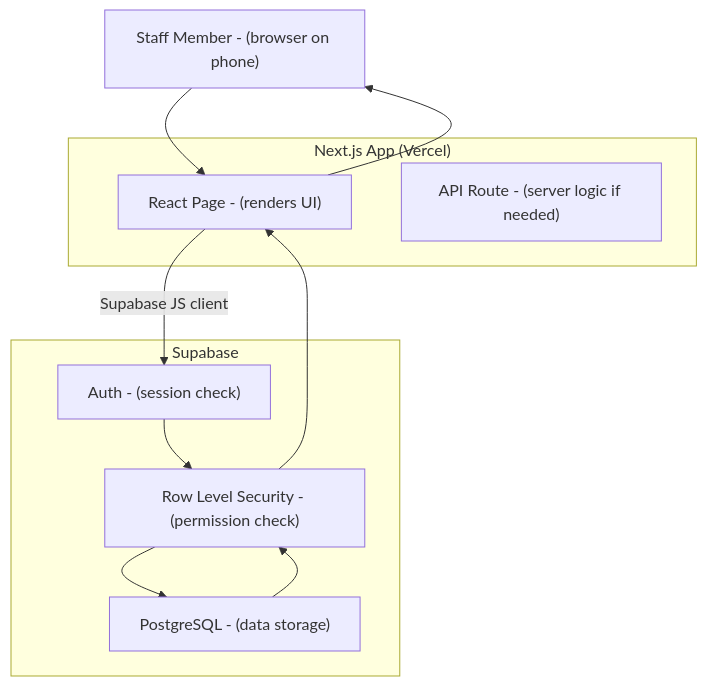
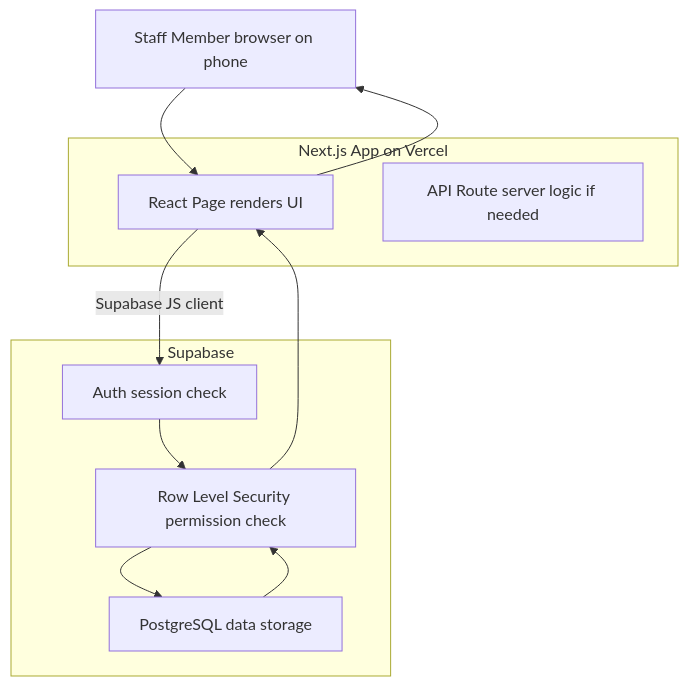
Before and after one commit to wongjinar-ai/expample: the eighth of 8 diagrams in learning/09-fullstack-best-practices.md, drawn with Mermaid. The commit also changed other lines of this file and 5 other files, not shown here.

````diff
--- a/learning/09-fullstack-best-practices.md
+++ b/learning/09-fullstack-best-practices.md
@@ -273,23 +273,23 @@
 ```mermaid
 flowchart TD
-    User["Staff Member - (browser on phone)"]
+    User[Staff Member browser on phone]
 
-    subgraph Next["Next.js App (Vercel)"]
-        Page["React Page - (renders UI)"]
-        API["API Route - (server logic if needed)"]
+    subgraph Next[Next.js App on Vercel]
+        Page[React Page renders UI]
+        API[API Route server logic if needed]
     end
 
-    subgraph Supa["Supabase"]
-        Auth["Auth - (session check)"]
-        RLS["Row Level Security - (permission check)"]
-        DB["PostgreSQL - (data storage)"]
+    subgraph Supa[Supabase]
+        Auth[Auth session check]
+        RLS[Row Level Security permission check]
+        DB[PostgreSQL data storage]
     end
 
     User --> Page
     Page -->|"Supabase JS client"| Auth
     Auth --> RLS
     RLS --> DB
     DB --> RLS
     RLS --> Page
     Page --> User
 ```
````
